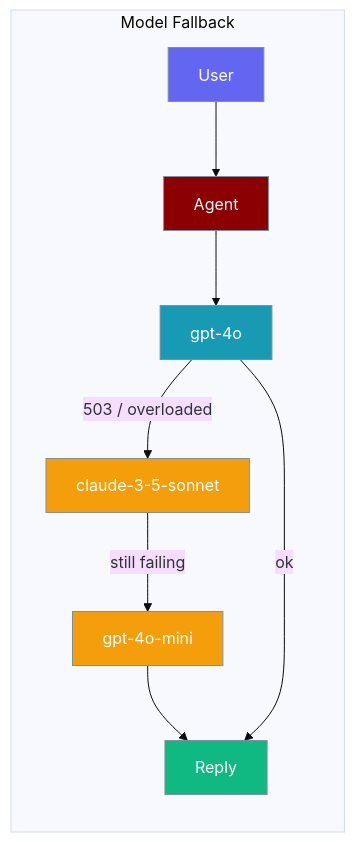
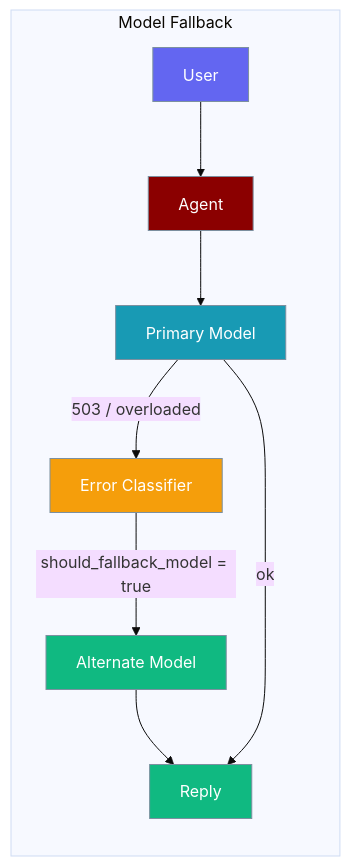
One commit to MervinPraison/PraisonAIDocs changed the first of 2 diagrams in docs/features/model-fallback.mdx. Above: the diagram before and after it, drawn with Mermaid (base theme). The commit also changed other lines of this file and 1 other file, not shown here.

First line of the commit message:
fix(docs): correct model-fallback and llm-config to match SDK ground truth

````diff
--- a/docs/features/model-fallback.mdx
+++ b/docs/features/model-fallback.mdx
@@ -10,23 +10,23 @@
 ```mermaid
 graph LR
     subgraph "Model Fallback"
         User[User] --> Agent[Agent]
-        Agent --> Primary[gpt-4o]
-        Primary -->|503 / overloaded| FB1[claude-3-5-sonnet]
-        FB1 -->|still failing| FB2[gpt-4o-mini]
-        FB2 --> Reply[Reply]
+        Agent --> Primary[Primary Model]
+        Primary -->|503 / overloaded| Classifier[Error Classifier]
+        Classifier -->|should_fallback_model = true| Alt[Alternate Model]
+        Alt --> Reply[Reply]
         Primary -->|ok| Reply
     end
 
     classDef user fill:#6366F1,stroke:#7C90A0,color:#fff
     classDef agent fill:#8B0000,stroke:#7C90A0,color:#fff
     classDef primary fill:#189AB4,stroke:#7C90A0,color:#fff
-    classDef fallback fill:#F59E0B,stroke:#7C90A0,color:#fff
+    classDef classifier fill:#F59E0B,stroke:#7C90A0,color:#fff
     classDef reply fill:#10B981,stroke:#7C90A0,color:#fff
 
     class User user
     class Agent agent
     class Primary primary
-    class FB1,FB2 fallback
-    class Reply reply
+    class Classifier classifier
+    class Alt,Reply reply
 ```
````
